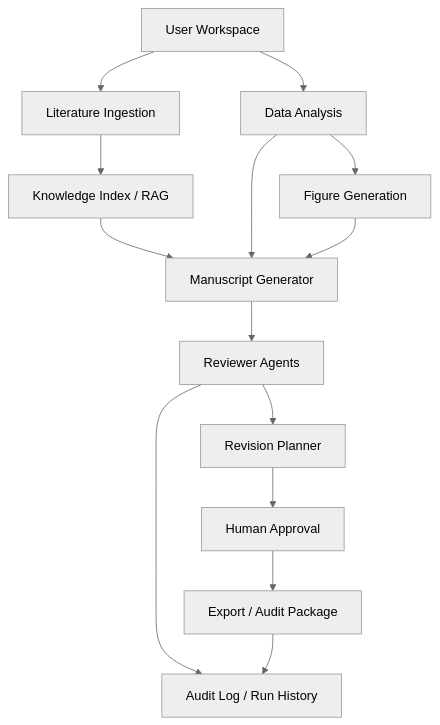
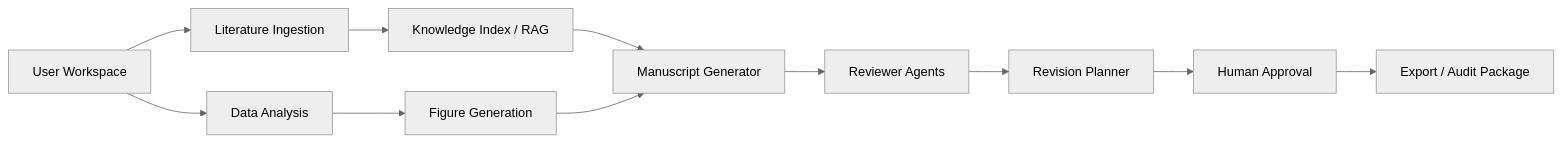
One commit to onebu123/researchagent-local-mvp changed the diagram in docs/agent_architecture.md. Above: the diagram before and after it, drawn with Mermaid (neutral theme). The commit also changed other lines of this file and 138 other files, not shown here.

````diff
--- a/docs/agent_architecture.md
+++ b/docs/agent_architecture.md
@@ -5,16 +7,13 @@
 ```mermaid
-flowchart TD
-  Workspace["User Workspace"] --> Literature["Literature Ingestion"]
-  Literature --> Index["Knowledge Index / RAG"]
+flowchart LR
+  Workspace["User Workspace"] --> Ingestion["Literature Ingestion"]
+  Ingestion --> Index["Knowledge Index / RAG"]
   Workspace --> Data["Data Analysis"]
   Data --> Figures["Figure Generation"]
-  Index --> Generator["Manuscript Generator"]
-  Data --> Generator
-  Figures --> Generator
-  Generator --> Reviewers["Reviewer Agents"]
-  Reviewers --> Planner["Revision Planner"]
-  Planner --> Approval["Human Approval"]
+  Index --> Draft["Manuscript Generator"]
+  Figures --> Draft
+  Draft --> Reviewers["Reviewer Agents"]
+  Reviewers --> Plan["Revision Planner"]
+  Plan --> Approval["Human Approval"]
   Approval --> Export["Export / Audit Package"]
-  Reviewers --> Audit["Audit Log / Run History"]
-  Export --> Audit
 ```
````
